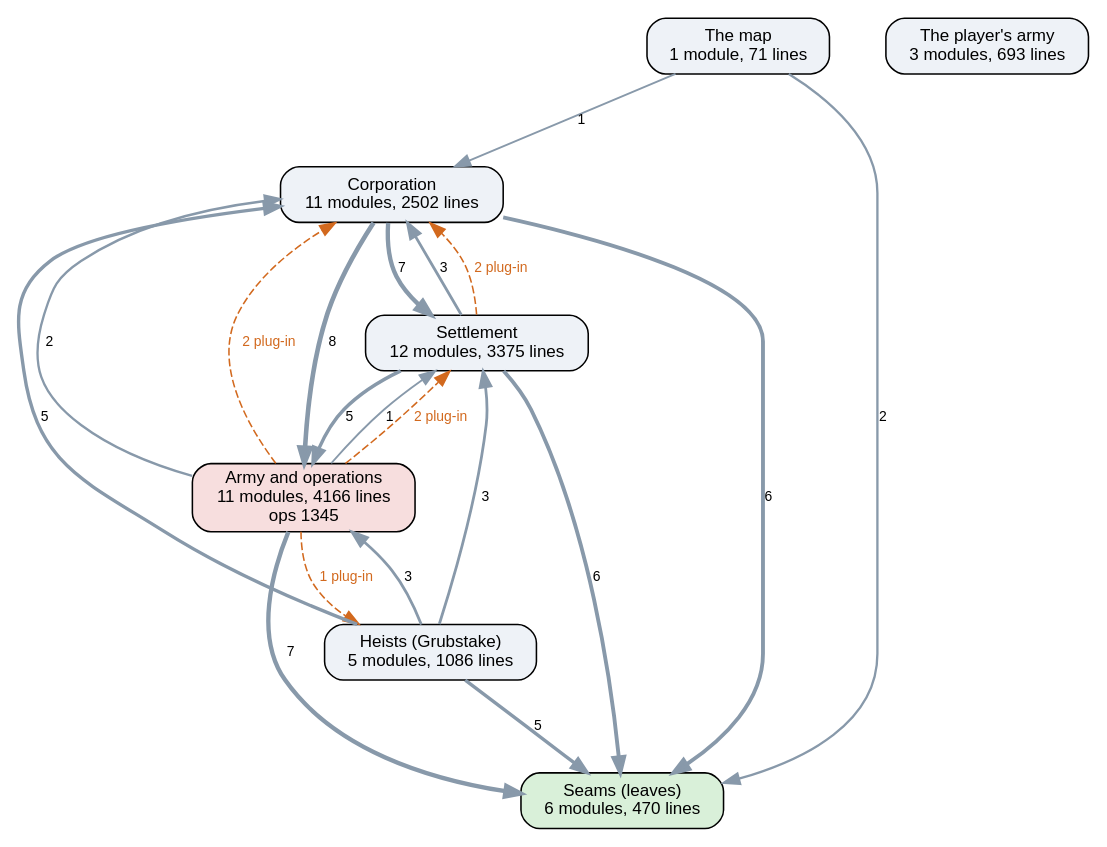
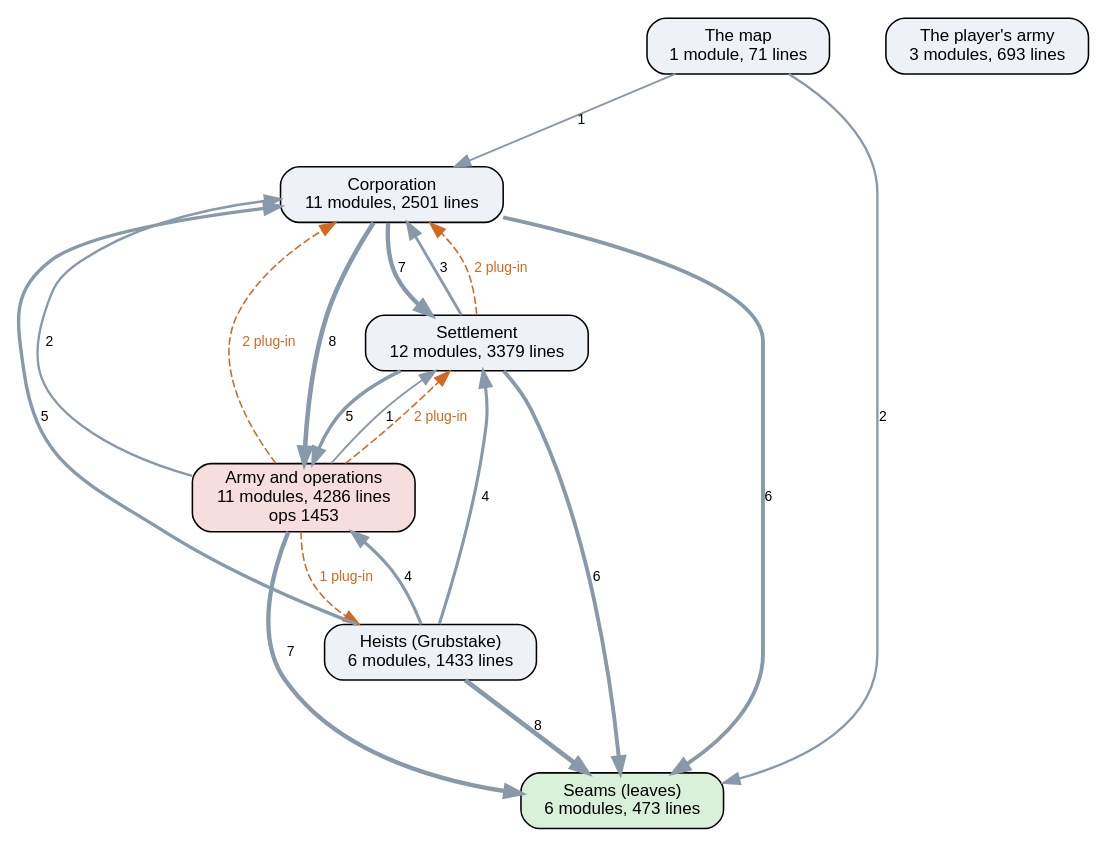
One commit to kinelhu/landing-party changed the diagram in docs/ai-layers.dot. Above: the diagram before and after it, drawn with Graphviz. The commit also changed 23 other files, not shown here.

```diff
--- a/docs/ai-layers.dot
+++ b/docs/ai-layers.dot
@@ -1,31 +1,31 @@
 digraph layers {
   graph [rankdir=TB, fontname="Helvetica", nodesep=0.5, ranksep=0.7];
   node [shape=box, style="rounded,filled", fontname="Helvetica", fontsize=11, fillcolor="#eef2f7"];
   edge [color="#8899aa", fontname="Helvetica", fontsize=9];
-  "Seams (leaves)" [label="Seams (leaves)\n6 modules, 470 lines", fillcolor="#d9f0d9"];
-  "Corporation" [label="Corporation\n11 modules, 2502 lines", fillcolor="#eef2f7"];
-  "Settlement" [label="Settlement\n12 modules, 3375 lines", fillcolor="#eef2f7"];
-  "Army and operations" [label="Army and operations\n11 modules, 4166 lines\nops 1345", fillcolor="#f7dede"];
-  "Heists (Grubstake)" [label="Heists (Grubstake)\n5 modules, 1086 lines", fillcolor="#eef2f7"];
+  "Seams (leaves)" [label="Seams (leaves)\n6 modules, 473 lines", fillcolor="#d9f0d9"];
+  "Corporation" [label="Corporation\n11 modules, 2501 lines", fillcolor="#eef2f7"];
+  "Settlement" [label="Settlement\n12 modules, 3379 lines", fillcolor="#eef2f7"];
+  "Army and operations" [label="Army and operations\n11 modules, 4286 lines\nops 1453", fillcolor="#f7dede"];
+  "Heists (Grubstake)" [label="Heists (Grubstake)\n6 modules, 1433 lines", fillcolor="#eef2f7"];
   "The map" [label="The map\n1 module, 71 lines", fillcolor="#eef2f7"];
   "The player's army" [label="The player's army\n3 modules, 693 lines", fillcolor="#eef2f7"];
   "Army and operations" -> "Corporation" [label="2", penwidth=1.5];
   "Army and operations" -> "Seams (leaves)" [label="7", penwidth=2.8];
   "Army and operations" -> "Settlement" [label="1", penwidth=1.2];
   "Corporation" -> "Army and operations" [label="8", penwidth=3.0];
   "Corporation" -> "Seams (leaves)" [label="6", penwidth=2.5];
   "Corporation" -> "Settlement" [label="7", penwidth=2.8];
-  "Heists (Grubstake)" -> "Army and operations" [label="3", penwidth=1.8];
+  "Heists (Grubstake)" -> "Army and operations" [label="4", penwidth=2.0];
   "Heists (Grubstake)" -> "Corporation" [label="5", penwidth=2.2];
-  "Heists (Grubstake)" -> "Seams (leaves)" [label="5", penwidth=2.2];
-  "Heists (Grubstake)" -> "Settlement" [label="3", penwidth=1.8];
+  "Heists (Grubstake)" -> "Seams (leaves)" [label="8", penwidth=3.0];
+  "Heists (Grubstake)" -> "Settlement" [label="4", penwidth=2.0];
   "Settlement" -> "Army and operations" [label="5", penwidth=2.2];
   "Settlement" -> "Corporation" [label="3", penwidth=1.8];
   "Settlement" -> "Seams (leaves)" [label="6", penwidth=2.5];
   "The map" -> "Corporation" [label="1", penwidth=1.2];
   "The map" -> "Seams (leaves)" [label="2", penwidth=1.5];
   "Army and operations" -> "Corporation" [style=dashed, color="#d2691e", fontcolor="#d2691e", label="2 plug-in"];
   "Army and operations" -> "Heists (Grubstake)" [style=dashed, color="#d2691e", fontcolor="#d2691e", label="1 plug-in"];
   "Army and operations" -> "Settlement" [style=dashed, color="#d2691e", fontcolor="#d2691e", label="2 plug-in"];
   "Settlement" -> "Corporation" [style=dashed, color="#d2691e", fontcolor="#d2691e", label="2 plug-in"];
 }
```
